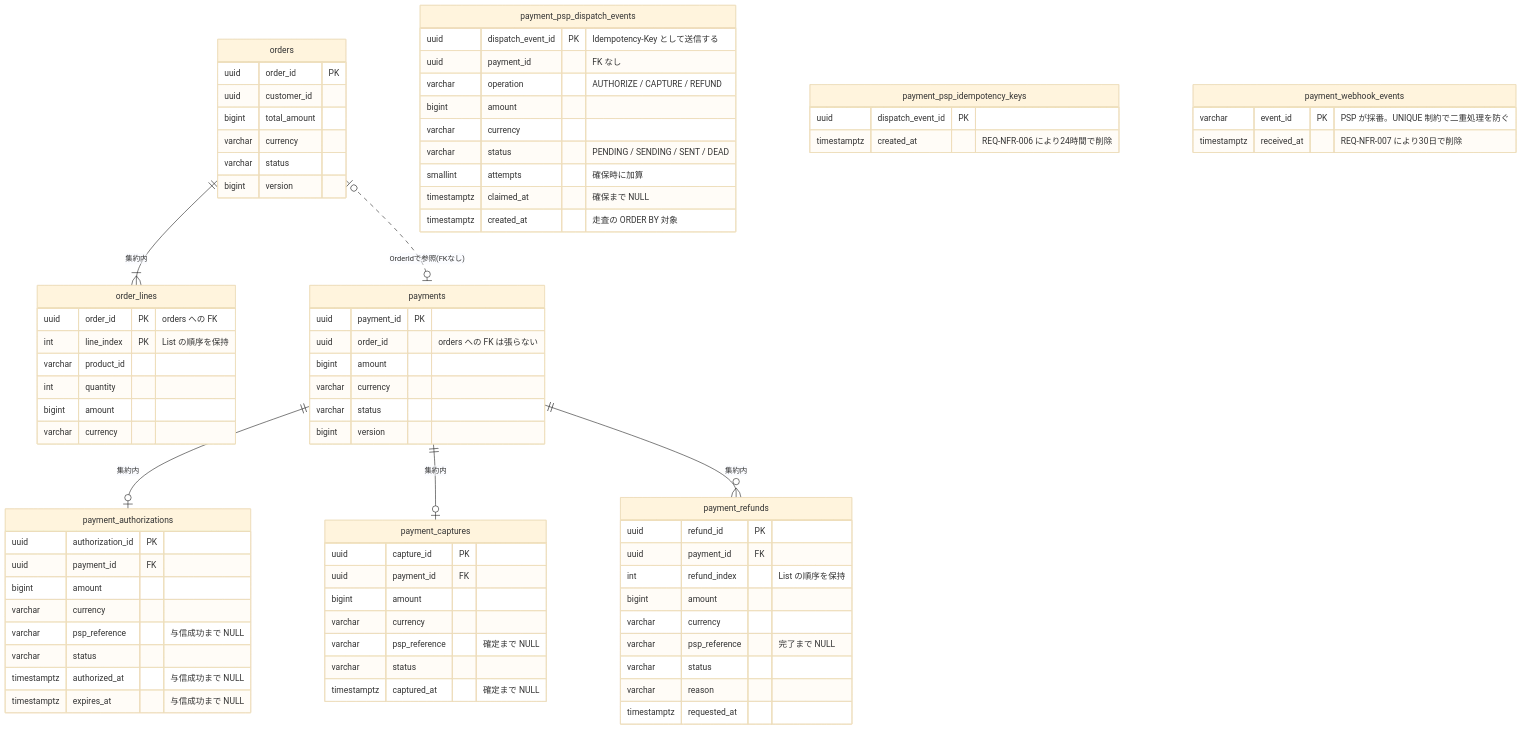
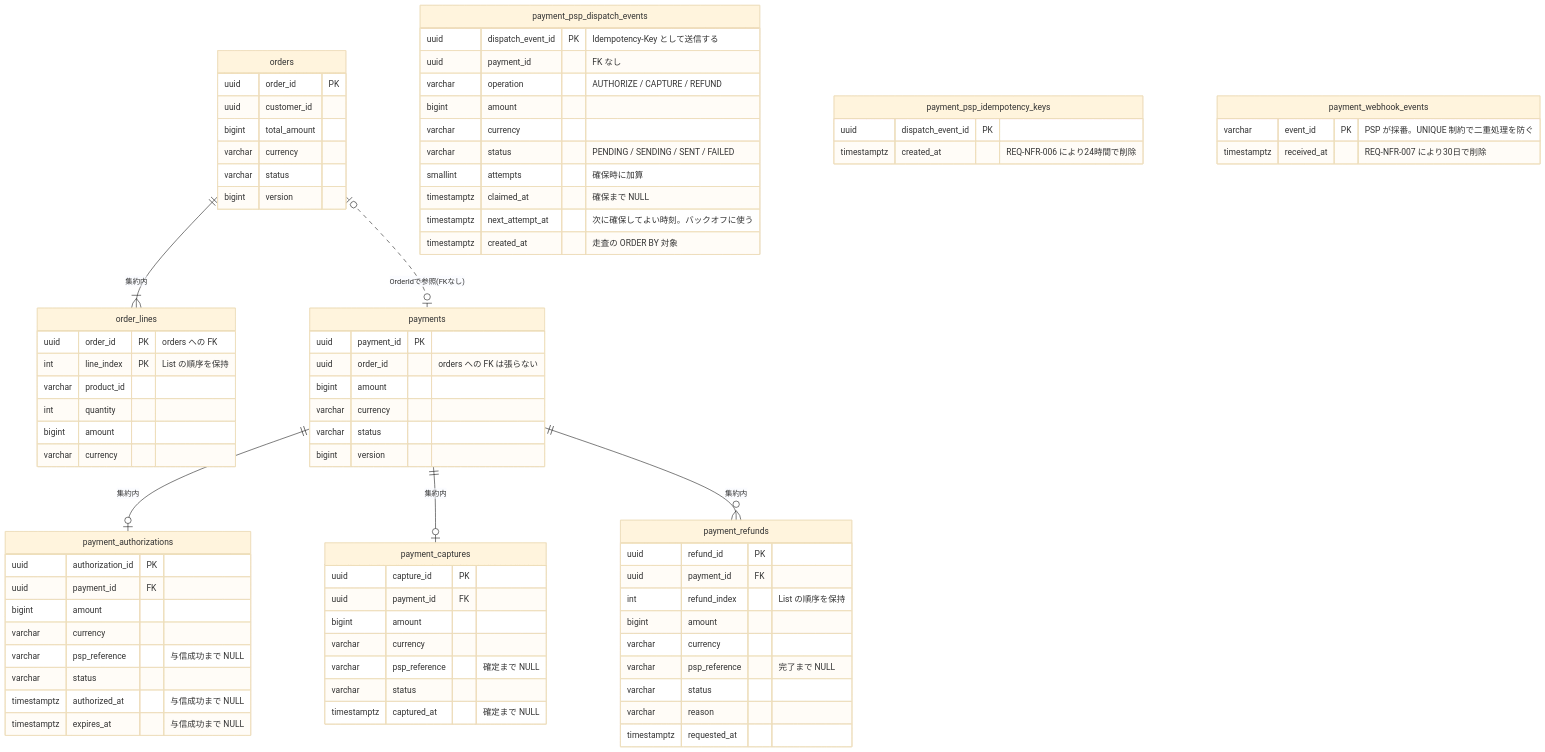
Before and after one commit to mizuna325/settlement: the second of 5 diagrams in docs/design.md, drawn with Mermaid (base theme). The commit also changed other lines of this file and 2 other files, not shown here.

Commit message:
update docs for FAILED status and next_attempt_at backoff

```diff
--- a/docs/design.md
+++ b/docs/design.md
@@ -242,9 +245,10 @@
     varchar operation "AUTHORIZE / CAPTURE / REFUND"
     bigint amount
     varchar currency
-    varchar status "PENDING / SENDING / SENT / DEAD"
+    varchar status "PENDING / SENDING / SENT / FAILED"
     smallint attempts "確保時に加算"
     timestamptz claimed_at "確保まで NULL"
+    timestamptz next_attempt_at "次に確保してよい時刻。バックオフに使う"
     timestamptz created_at "走査の ORDER BY 対象"
   }
   payment_psp_idempotency_keys {
```
